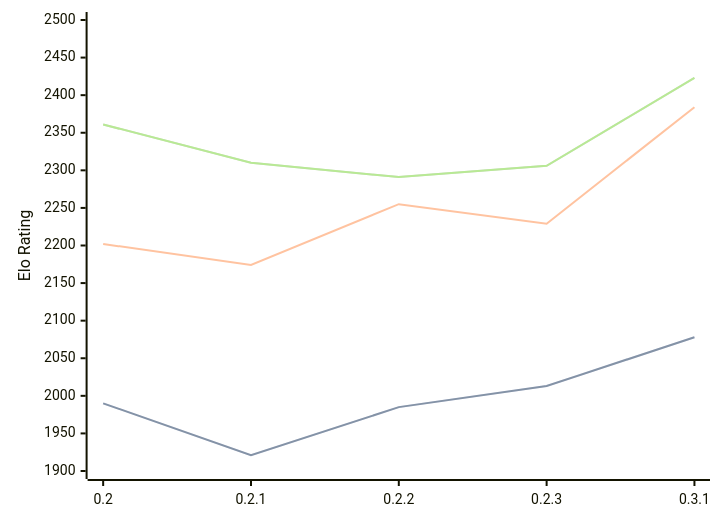
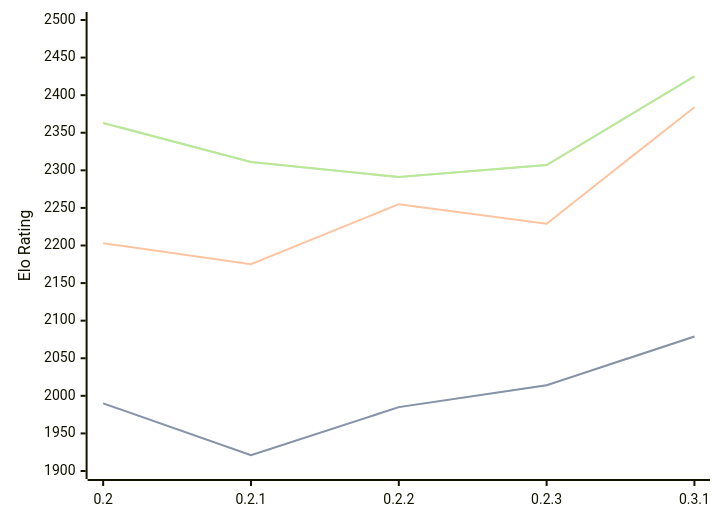
One commit to computer-chess-index/cci changed the first of 3 diagrams in engines/Lolbot.md. Above: the diagram before and after it, drawn with Mermaid. The commit also changed other lines of this file, not shown here.

Commit message:
Update CCI Ratings (ELO VLTC) - 2026-07-08

````diff
--- a/engines/Lolbot.md
+++ b/engines/Lolbot.md
@@ -36,11 +36,11 @@
 ```mermaid
 %%{init: {"theme":"base","themeVariables":{"seriesColors:['#a3a3a3','#222221','#faa371']}}}%%
 xychart-beta
   x-axis ["0.2", "0.2.1", "0.2.2", "0.2.3", "0.3.1"]
   y-axis "Elo Rating" 1900 --> 2500
-  line "STC (8.0+0.08s)" [1990, 1921, 1985, 2013, 2078]
-  line "STC (8.0+0.08s)" [1990, 1921, 1985, 2013, 2078]
-  line "LTC (60.0+0.60s)" [2202, 2174, 2255, 2229, 2384]
-  line "VLTC (2m24s+1.12s)" [2361, 2310, 2291, 2306, 2423]
-  line "VLTC (2m24s+1.12s)" [2361, 2310, 2291, 2306, 2423]
+  line "STC (8.0+0.08s)" [1990, 1921, 1985, 2014, 2079]
+  line "STC (8.0+0.08s)" [1990, 1921, 1985, 2014, 2079]
+  line "LTC (60.0+0.60s)" [2203, 2175, 2255, 2229, 2384]
+  line "VLTC (2m24s+1.12s)" [2363, 2311, 2291, 2307, 2425]
+  line "VLTC (2m24s+1.12s)" [2363, 2311, 2291, 2307, 2425]
 ```
````
